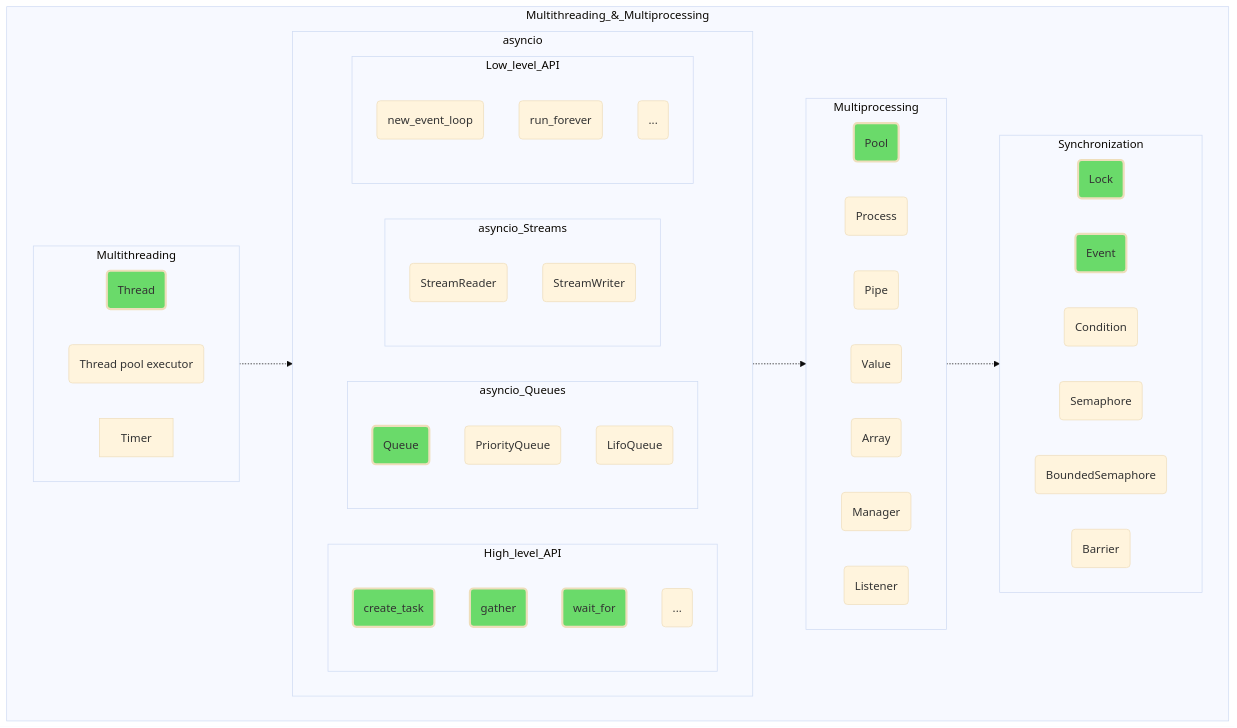
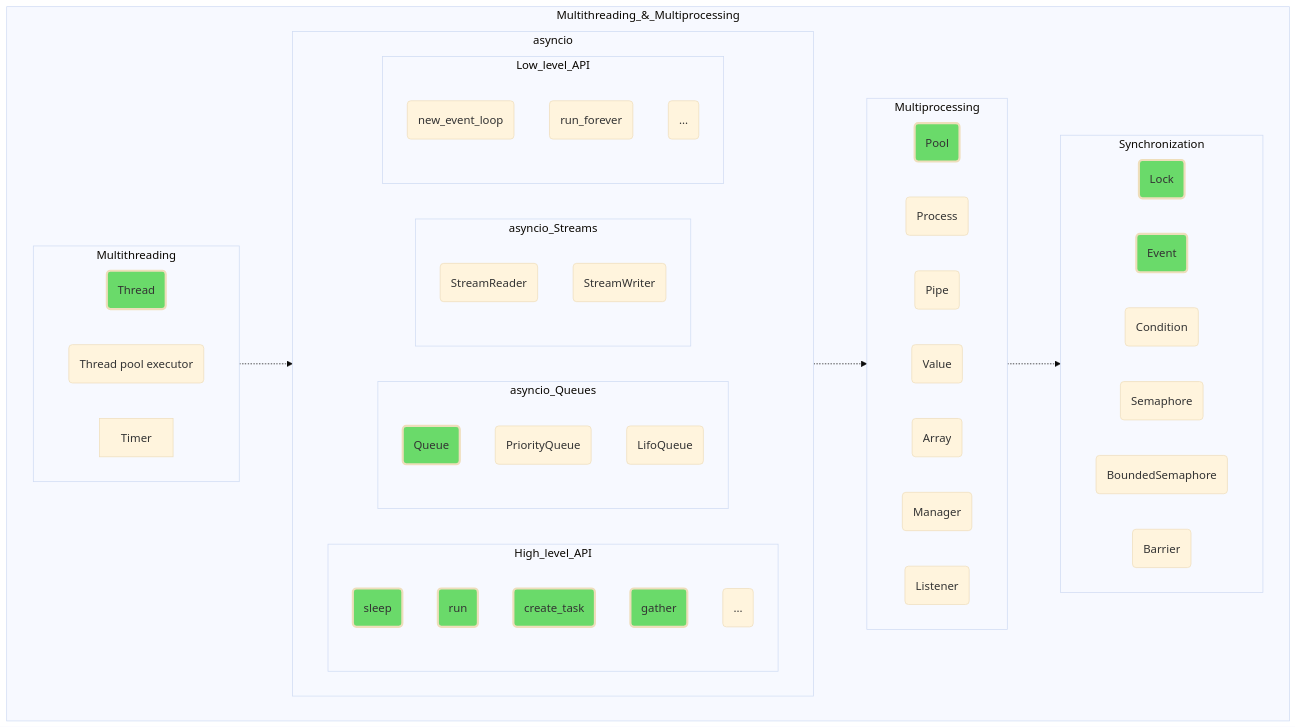
Before and after one commit to amaargiru/pyroad: the diagram in 06_Multithreading_Multiprocessing.md, drawn with Mermaid (base theme). The commit also changed other lines of this file and 3 other files, not shown here.

````diff
--- a/06_Multithreading_Multiprocessing.md
+++ b/06_Multithreading_Multiprocessing.md
@@ -24,9 +24,10 @@
 subgraph asyncio
 direction LR
 subgraph High_level_API
+sleep(sleep)
+run(run)
 create_task(create_task)
 gather(gather)
-wait_for(wait_for)
 hilapi_more("...")
 end
 subgraph asyncio_Queues
@@ -133,6 +134,8 @@
 class exception_raising trainee;
 class create_task trainee;
 class gather trainee;
+class sleep trainee;
+class run trainee;
 class wait_for trainee;
 class asQueue trainee;
 class Lock trainee;
@@ -175,7 +178,13 @@
 class INSERT trainee;
 class UPDATE trainee;
 class DELETE trainee;
-class SQLite trainee;
+class PRIMARY_KEY trainee;
+class FOREIGN_KEY trainee;
+class FROM trainee;
+class WHERE trainee;
+class SET trainee;
+class SQLite_benefits trainee;
+class Syntax_Diagrams trainee;
 class Flask trainee;
 class Consistency trainee;
 class HTTPS trainee;
@@ -209,14 +218,15 @@
 class methmore middle;
 class PostgreSQL_more middle;
 class SQLAlchemy middle;
+class Django_ORM middle;
 class Django middle;
 class FastAPI middle;
-class ORM boldmiddleed;
+class SQL_standard middle;
+class Analyze_an_execution_plan middle;
 class TensorFlow middle;
 class Keras middle;
 class cryptomore middle;
 class Jenkins middle;
 class Kubernetes middle;
 class Architectural_Patterns middle;
-
 ```
````
